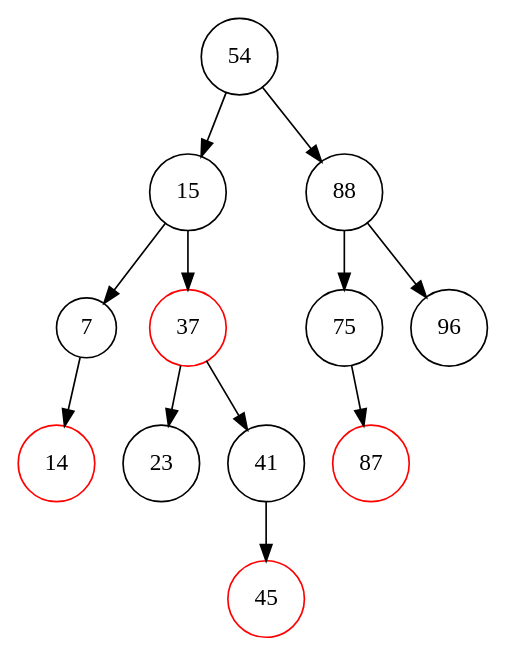
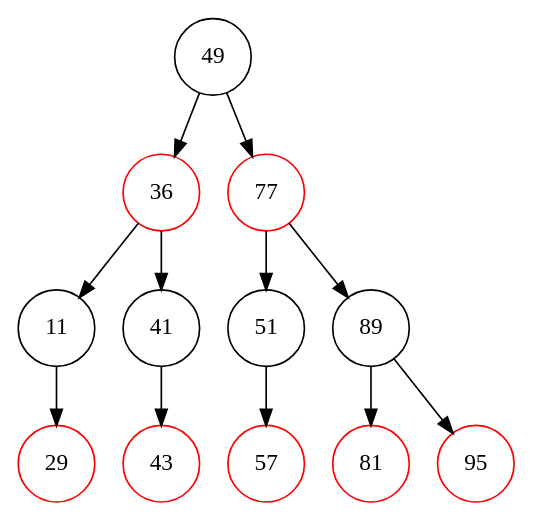
Before and after one commit to Koreleth/rbtrees: the diagram in tree_step_11.dot, drawn with Graphviz. The commit also changed 19 other files, not shown here.

```diff
--- a/tree_step_11.dot
+++ b/tree_step_11.dot
@@ -1,26 +1,26 @@
 digraph RBTree {
     node [shape=circle];
-    "54" [color=black];
-    "54" -> "15";
-    "15" [color=black];
-    "15" -> "7";
-    "7" [color=black];
-    "7" -> "14";
-    "14" [color=red];
-    "15" -> "37";
-    "37" [color=red];
-    "37" -> "23";
-    "23" [color=black];
-    "37" -> "41";
+    "49" [color=black];
+    "49" -> "36";
+    "36" [color=red];
+    "36" -> "11";
+    "11" [color=black];
+    "11" -> "29";
+    "29" [color=red];
+    "36" -> "41";
     "41" [color=black];
-    "41" -> "45";
-    "45" [color=red];
-    "54" -> "88";
-    "88" [color=black];
-    "88" -> "75";
-    "75" [color=black];
-    "75" -> "87";
-    "87" [color=red];
-    "88" -> "96";
-    "96" [color=black];
+    "41" -> "43";
+    "43" [color=red];
+    "49" -> "77";
+    "77" [color=red];
+    "77" -> "51";
+    "51" [color=black];
+    "51" -> "57";
+    "57" [color=red];
+    "77" -> "89";
+    "89" [color=black];
+    "89" -> "81";
+    "81" [color=red];
+    "89" -> "95";
+    "95" [color=red];
 }
```
